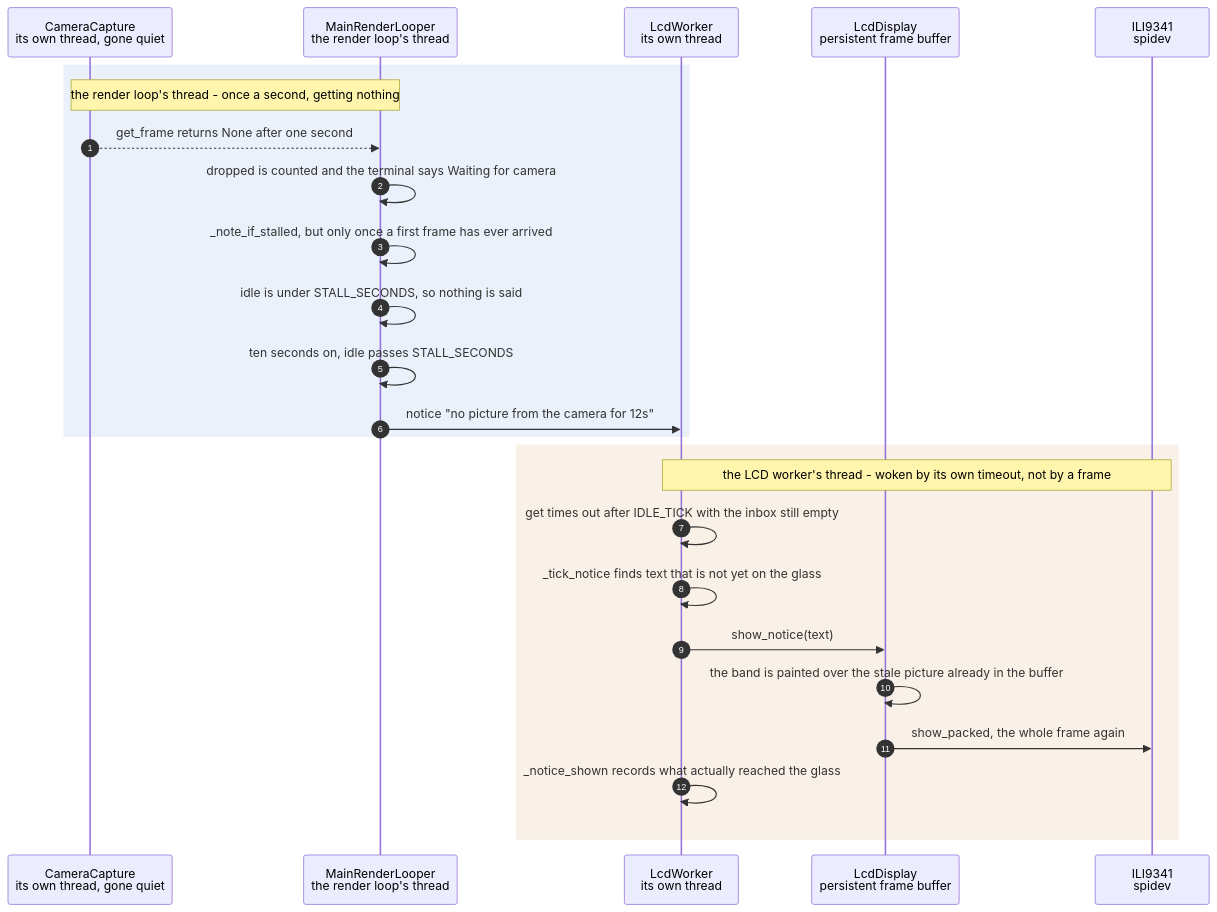
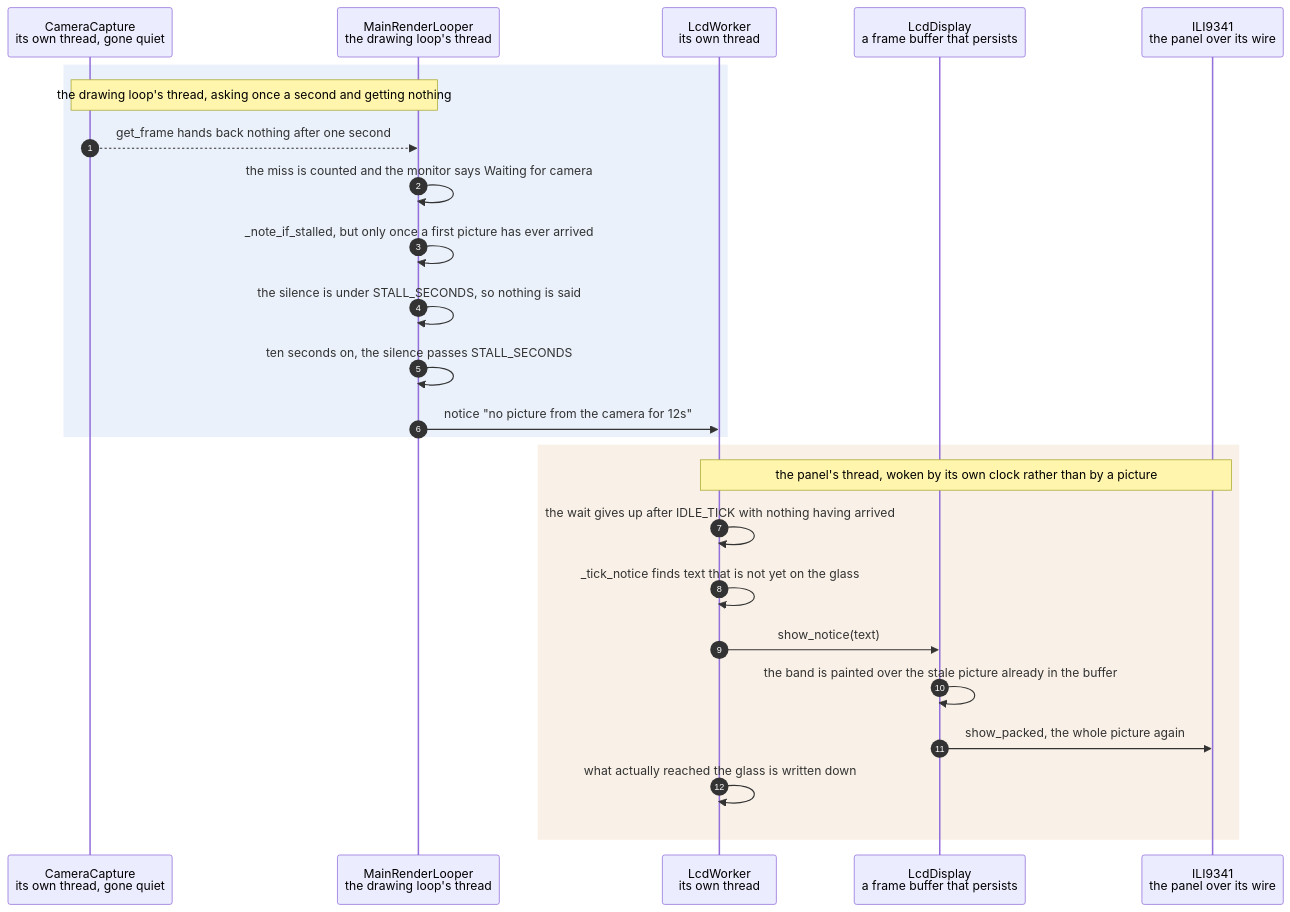
The diagram in docs/scenarios/a-camera-that-stopped-delivering-frames-is-detected-and-announced.md (replicant1/AsciiArt-Pi), drawn with Mermaid before and after one commit. The commit also changed other lines of this file and 4 other files, not shown here.

````diff
--- a/docs/scenarios/a-camera-that-stopped-delivering-frames-is-detected-and-announced.md
+++ b/docs/scenarios/a-camera-that-stopped-delivering-frames-is-detected-and-announced.md
@@ -41,28 +55,28 @@
 ```mermaid
 sequenceDiagram
     autonumber
     participant Cam as CameraCapture<br/>its own thread, gone quiet
-    participant App as MainRenderLooper<br/>the render loop's thread
+    participant App as MainRenderLooper<br/>the drawing loop's thread
     participant W as LcdWorker<br/>its own thread
-    participant Disp as LcdDisplay<br/>persistent frame buffer
-    participant Panel as ILI9341<br/>spidev
+    participant Disp as LcdDisplay<br/>a frame buffer that persists
+    participant Panel as ILI9341<br/>the panel over its wire
 
     rect rgba(80, 140, 220, 0.12)
-        note over Cam, App: the render loop's thread - once a second, getting nothing
-        Cam-->>App: get_frame returns None after one second
-        App->>App: dropped is counted and the terminal says Waiting for camera
-        App->>App: _note_if_stalled, but only once a first frame has ever arrived
-        App->>App: idle is under STALL_SECONDS, so nothing is said
-        App->>App: ten seconds on, idle passes STALL_SECONDS
+        note over Cam, App: the drawing loop's thread, asking once a second and getting nothing
+        Cam-->>App: get_frame hands back nothing after one second
+        App->>App: the miss is counted and the monitor says Waiting for camera
+        App->>App: _note_if_stalled, but only once a first picture has ever arrived
+        App->>App: the silence is under STALL_SECONDS, so nothing is said
+        App->>App: ten seconds on, the silence passes STALL_SECONDS
         App->>W: notice "no picture from the camera for 12s"
     end
     rect rgba(200, 140, 60, 0.12)
-        note over W, Panel: the LCD worker's thread - woken by its own timeout, not by a frame
-        W->>W: get times out after IDLE_TICK with the inbox still empty
+        note over W, Panel: the panel's thread, woken by its own clock rather than by a picture
+        W->>W: the wait gives up after IDLE_TICK with nothing having arrived
         W->>W: _tick_notice finds text that is not yet on the glass
         W->>Disp: show_notice(text)
         Disp->>Disp: the band is painted over the stale picture already in the buffer
-        Disp->>Panel: show_packed, the whole frame again
-        W->>W: _notice_shown records what actually reached the glass
+        Disp->>Panel: show_packed, the whole picture again
+        W->>W: what actually reached the glass is written down
     end
 ```
````
